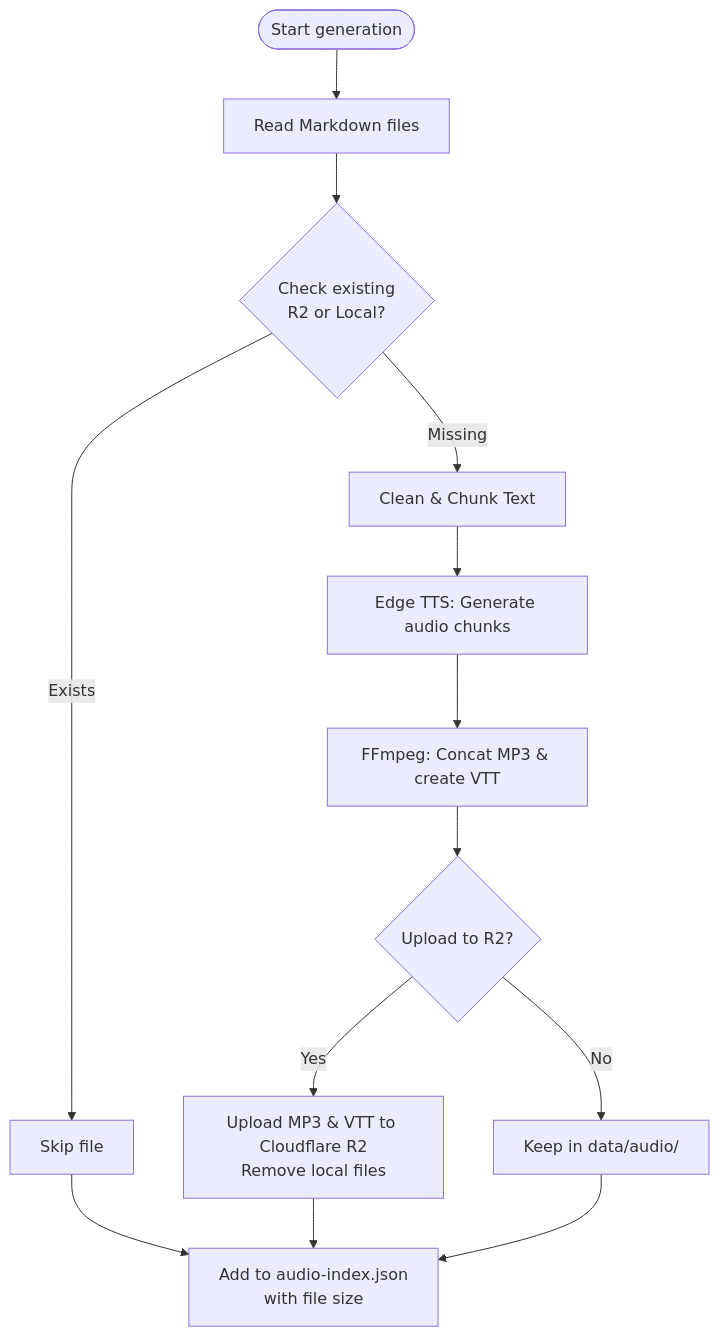
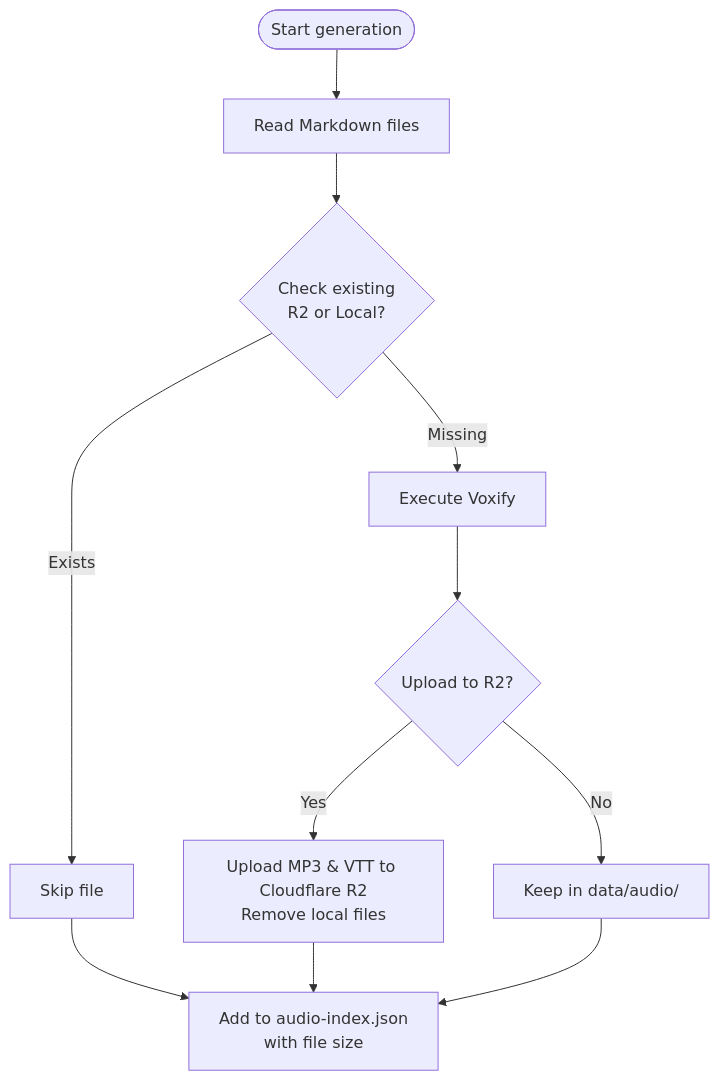
The third of 4 diagrams in README.md (rgaidot/hnpaper-news), drawn with Mermaid before and after one commit. The commit also changed other lines of this file and 4 other files, not shown here.

Commit message:
refactor(audio): migrate TTS generation to Voxify (Rust CLI)

````diff
--- a/README.md
+++ b/README.md
@@ -91,15 +90,13 @@
 ```mermaid
 flowchart TD
   Start([Start generation]) --> ReadMD[Read Markdown files]
   ReadMD --> CheckExisting{Check existing<br/>R2 or Local?}
-  CheckExisting -->|Missing| CleanText[Clean & Chunk Text]
+  CheckExisting -->|Missing| ExecVoxify[Execute Voxify]
   CheckExisting -->|Exists| Skip[Skip file]
   Skip --> Index
-  CleanText --> TTS[Edge TTS: Generate audio chunks]
-  TTS --> Concat[FFmpeg: Concat MP3 & create VTT]
-  Concat --> Storage{Upload to R2?}
+  ExecVoxify --> Storage{Upload to R2?}
   Storage -- Yes --> R2[Upload MP3 & VTT to Cloudflare R2<br/>Remove local files]
   Storage -- No --> Local[Keep in data/audio/]
   R2 --> Index[Add to audio-index.json<br/>with file size]
   Local --> Index
 ```
````
